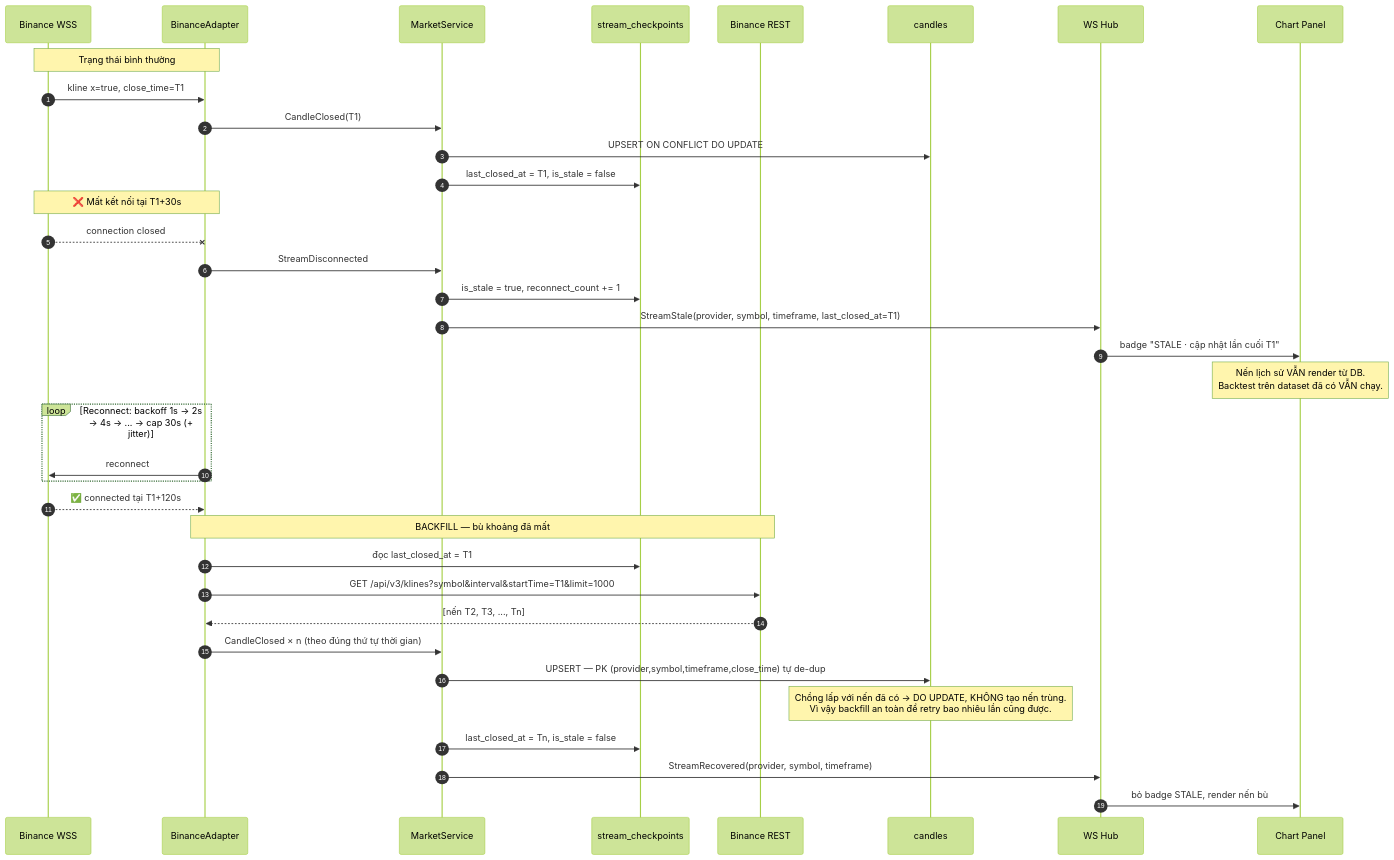
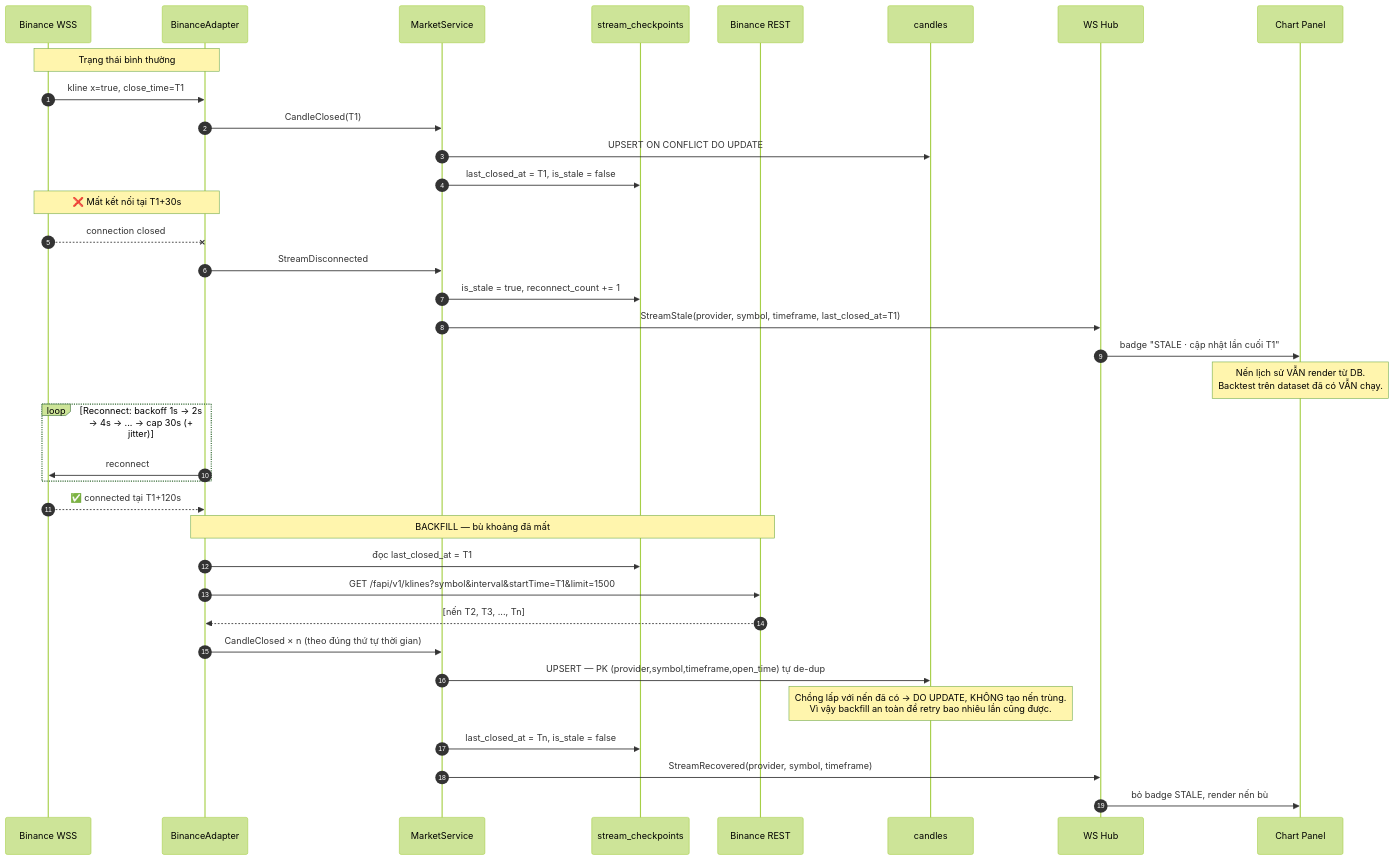
Before and after one commit to EnsoTech-Studio/CryptoBot: the diagram in blueprint/assets/diagrams/09-realtime-reconnect-backfill-flow.mmd, drawn with Mermaid (forest theme). The commit also changed 69 other files, not shown here.

First line of the commit message:
docs(blueprint): reconcile Go architecture

```diff
--- a/blueprint/assets/diagrams/09-realtime-reconnect-backfill-flow.mmd
+++ b/blueprint/assets/diagrams/09-realtime-reconnect-backfill-flow.mmd
@@ -1,40 +1,40 @@
 sequenceDiagram
     autonumber
     participant BN as Binance WSS
     participant AD as BinanceAdapter
     participant MS as MarketService
     participant CK as stream_checkpoints
     participant RE as Binance REST
     participant DB as candles
     participant HUB as WS Hub
     participant UI as Chart Panel
 
     Note over AD,BN: Trạng thái bình thường
     BN->>AD: kline x=true, close_time=T1
     AD->>MS: CandleClosed(T1)
     MS->>DB: UPSERT ON CONFLICT DO UPDATE
     MS->>CK: last_closed_at = T1, is_stale = false
 
     Note over BN,AD: ❌ Mất kết nối tại T1+30s
     BN--xAD: connection closed
     AD->>MS: StreamDisconnected
     MS->>CK: is_stale = true, reconnect_count += 1
     MS->>HUB: StreamStale(provider, symbol, timeframe, last_closed_at=T1)
     HUB->>UI: badge "STALE · cập nhật lần cuối T1"
     Note over UI: Nến lịch sử VẪN render từ DB.<br/>Backtest trên dataset đã có VẪN chạy.
 
     loop Reconnect: backoff 1s → 2s → 4s → ... → cap 30s (+ jitter)
         AD->>BN: reconnect
     end
     BN-->>AD: ✅ connected tại T1+120s
 
     Note over AD,RE: BACKFILL — bù khoảng đã mất
     AD->>CK: đọc last_closed_at = T1
-    AD->>RE: GET /api/v3/klines?symbol&interval&startTime=T1&limit=1000
+    AD->>RE: GET /fapi/v1/klines?symbol&interval&startTime=T1&limit=1500
     RE-->>AD: [nến T2, T3, ..., Tn]
     AD->>MS: CandleClosed × n (theo đúng thứ tự thời gian)
-    MS->>DB: UPSERT — PK (provider,symbol,timeframe,close_time) tự de-dup
+    MS->>DB: UPSERT — PK (provider,symbol,timeframe,open_time) tự de-dup
     Note over DB: Chồng lấp với nến đã có → DO UPDATE, KHÔNG tạo nến trùng.<br/>Vì vậy backfill an toàn để retry bao nhiêu lần cũng được.
     MS->>CK: last_closed_at = Tn, is_stale = false
     MS->>HUB: StreamRecovered(provider, symbol, timeframe)
     HUB->>UI: bỏ badge STALE, render nến bù
```
